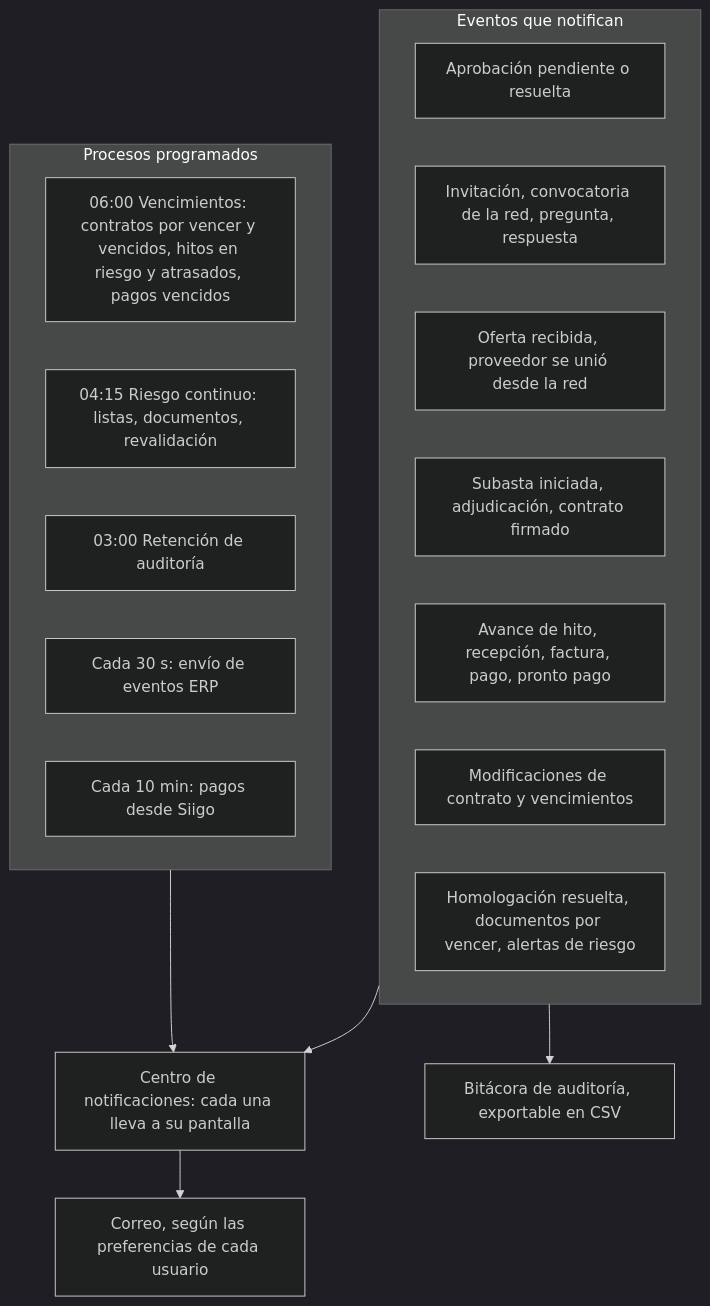
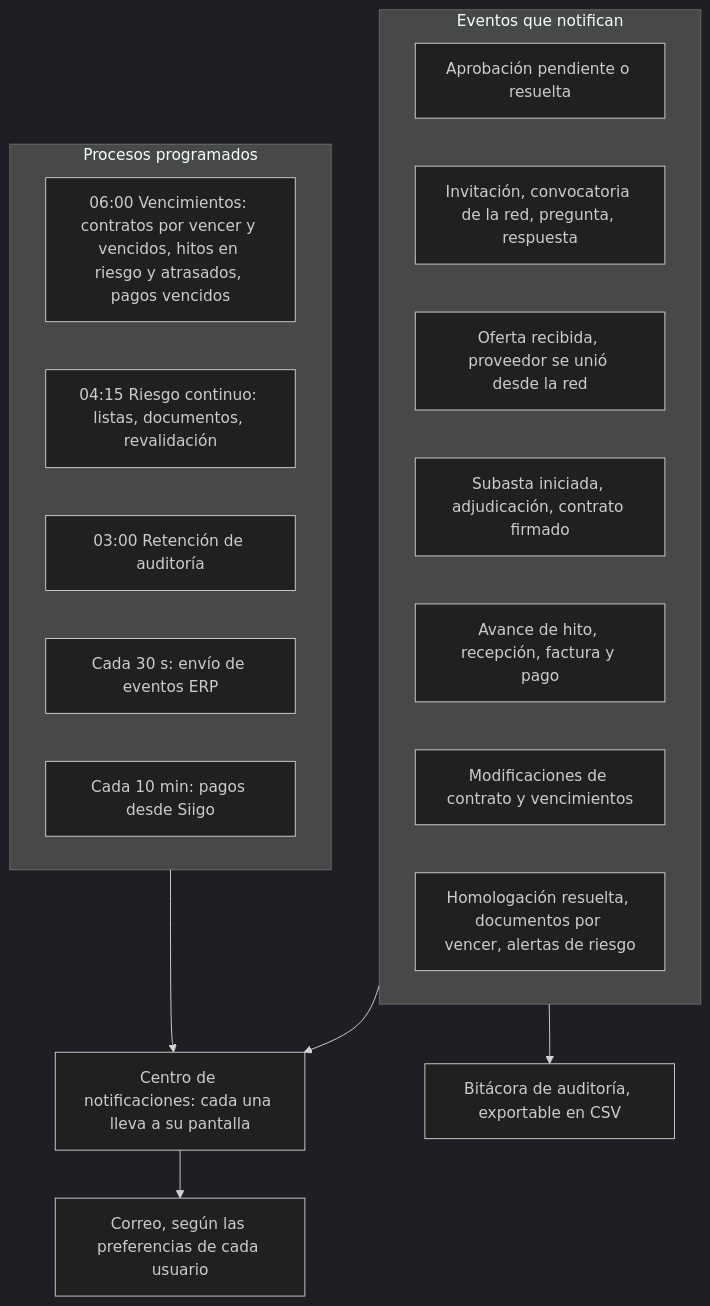
Before and after one commit to johnalecc21/bolt_pro: diagram 34 of 34 in docs/DIAGRAMAS-FLUJO.md, drawn with Mermaid (dark theme). The commit also changed other lines of this file and 10 other files, not shown here.

First line of the commit message:
Quitar el pronto pago de cuentas por pagar y del portal del proveedor

````diff
--- a/docs/DIAGRAMAS-FLUJO.md
+++ b/docs/DIAGRAMAS-FLUJO.md
@@ -776,23 +771,23 @@
 ```mermaid
 flowchart TD
     subgraph CRON["Procesos programados"]
         V["06:00 Vencimientos: contratos por vencer y vencidos, hitos en riesgo y atrasados, pagos vencidos"]
         R["04:15 Riesgo continuo: listas, documentos, revalidación"]
         AU["03:00 Retención de auditoría"]
         W["Cada 30 s: envío de eventos ERP"]
         S["Cada 10 min: pagos desde Siigo"]
     end
     subgraph EVT["Eventos que notifican"]
         N1["Aprobación pendiente o resuelta"]
         N2["Invitación, convocatoria de la red, pregunta, respuesta"]
         N3["Oferta recibida, proveedor se unió desde la red"]
         N4["Subasta iniciada, adjudicación, contrato firmado"]
-        N5["Avance de hito, recepción, factura, pago, pronto pago"]
+        N5["Avance de hito, recepción, factura y pago"]
         N6["Modificaciones de contrato y vencimientos"]
         N7["Homologación resuelta, documentos por vencer, alertas de riesgo"]
     end
     CRON --> NT["Centro de notificaciones: cada una lleva a su pantalla"]
     EVT --> NT
     NT --> M["Correo, según las preferencias de cada usuario"]
     EVT --> AUD["Bitácora de auditoría, exportable en CSV"]
 ```
````
